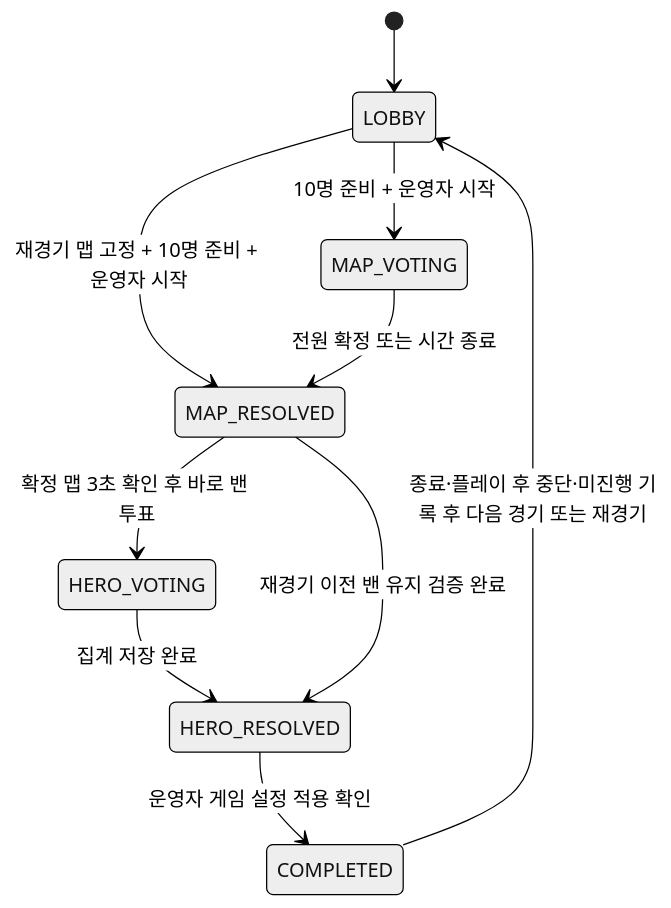
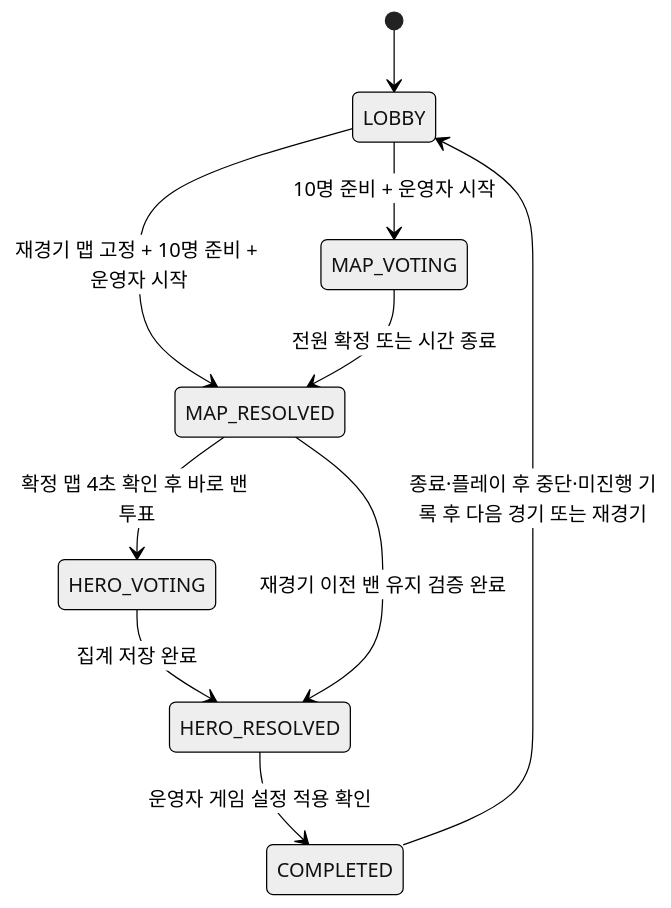
The first of 2 diagrams in docs/realtime-draft-spec.md (Overwatch-KR/owkr-balance), drawn with Mermaid (neutral theme) before and after one commit. The commit also changed other lines of this file and 23 other files, not shown here.

````diff
--- a/docs/realtime-draft-spec.md
+++ b/docs/realtime-draft-spec.md
@@ -595,12 +601,12 @@
 ```mermaid
 stateDiagram-v2
     [*] --> LOBBY
     LOBBY --> MAP_VOTING: 10명 준비 + 운영자 시작
     LOBBY --> MAP_RESOLVED: 재경기 맵 고정 + 10명 준비 + 운영자 시작
     MAP_VOTING --> MAP_RESOLVED: 전원 확정 또는 시간 종료
-    MAP_RESOLVED --> HERO_VOTING: 확정 맵 3초 확인 후 바로 밴 투표
+    MAP_RESOLVED --> HERO_VOTING: 확정 맵 4초 확인 후 바로 밴 투표
     HERO_VOTING --> HERO_RESOLVED: 집계 저장 완료
     MAP_RESOLVED --> HERO_RESOLVED: 재경기 이전 밴 유지 검증 완료
     HERO_RESOLVED --> COMPLETED: 운영자 게임 설정 적용 확인
     COMPLETED --> LOBBY: 종료·플레이 후 중단·미진행 기록 후 다음 경기 또는 재경기
 ```
````
